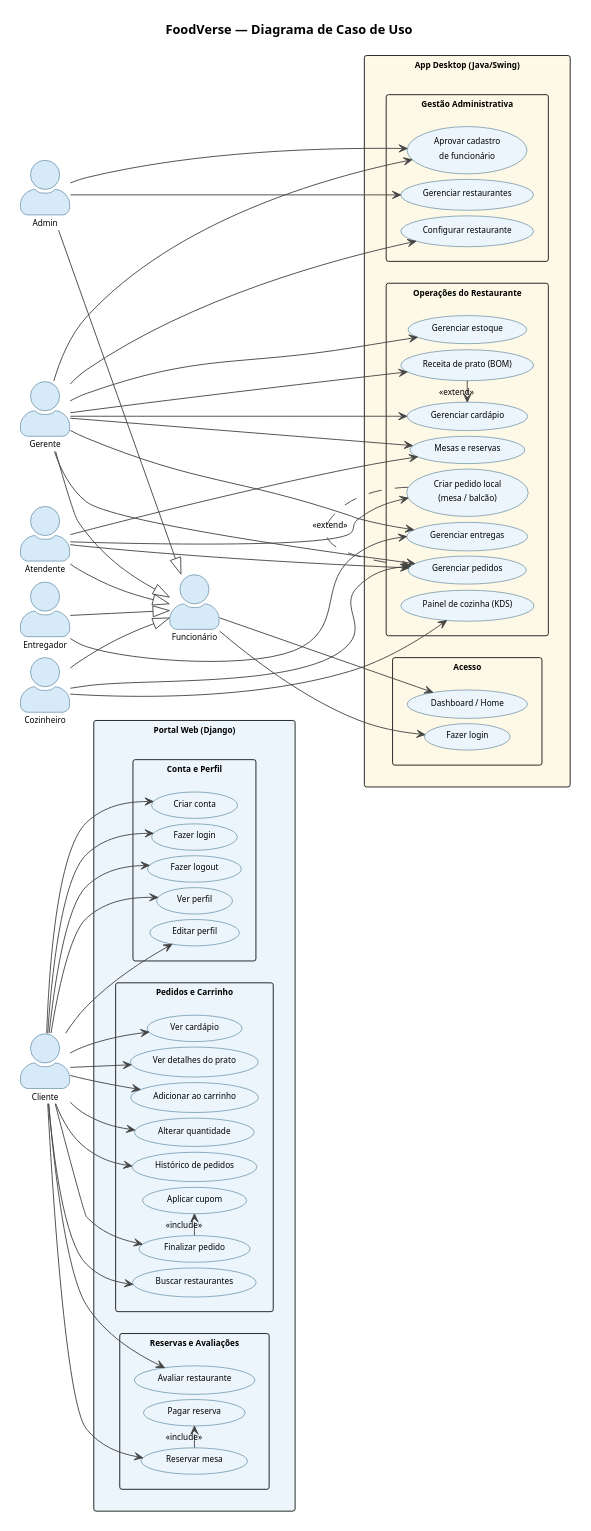
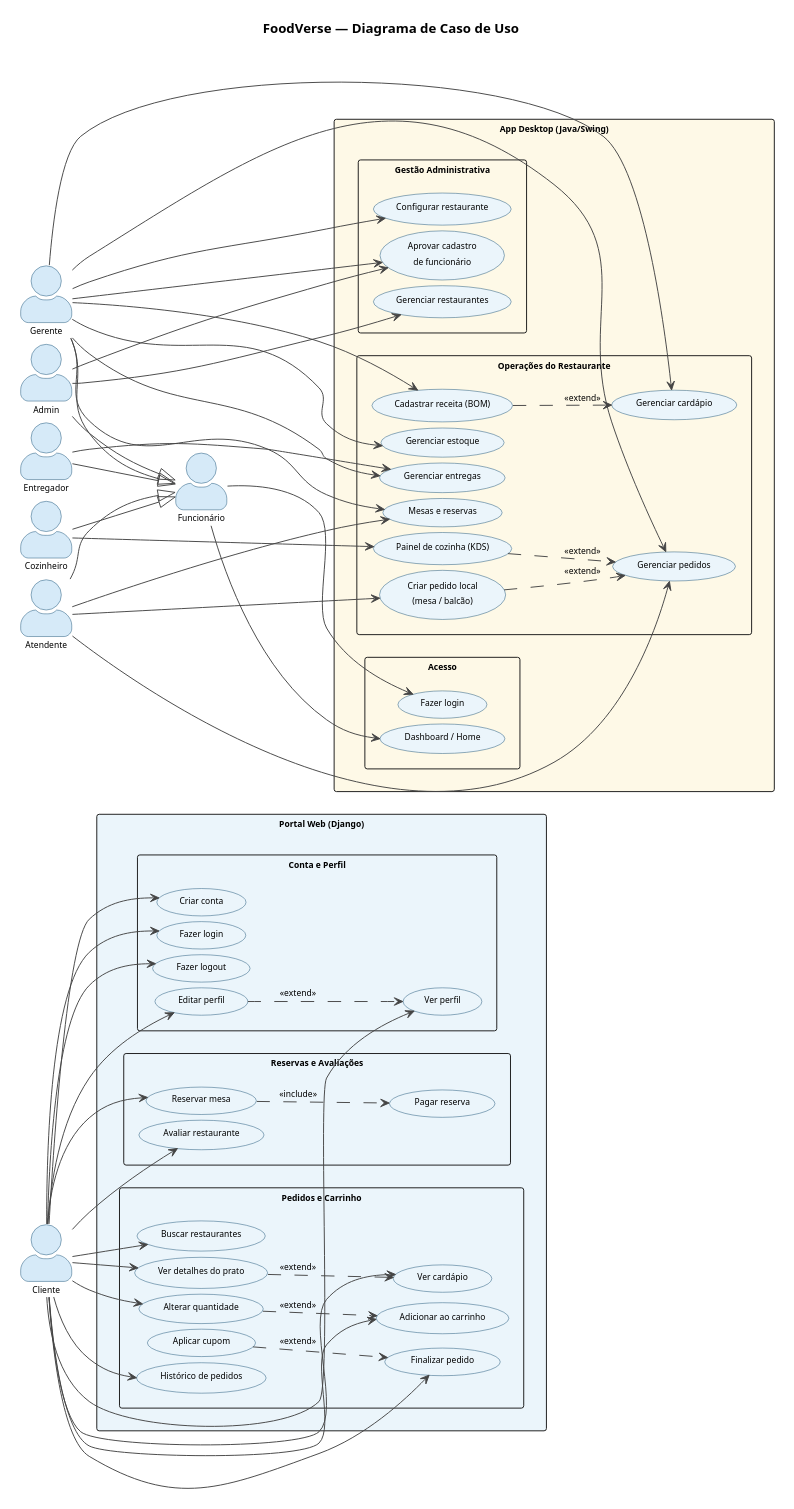
Before and after one commit to Jhowsiel/FoodVerse: the diagram in Docs/DiagramaCasoDeUso.puml, drawn with PlantUML. The commit also changed 3 other files, not shown here.

Commit message:
fix: correct UML semantic errors and add missing patterns to both diagrams

```diff
--- a/Docs/DiagramaCasoDeUso.puml
+++ b/Docs/DiagramaCasoDeUso.puml
@@ -1,164 +1,191 @@
 @startuml DiagramaCasoDeUso_FoodVerse
 
 ' ==========================================================
-' CONFIGURAÇÃO — A4 Paisagem (297 x 210 mm)
+' CONFIGURAÇÃO — A4 Paisagem (297 × 210 mm @ 96 dpi)
 ' ==========================================================
 left to right direction
 scale max 1122 width
 scale max 793 height
 
 skinparam actorStyle awesome
 skinparam packageStyle rectangle
 skinparam backgroundColor #FFFFFF
 skinparam ArrowColor #444444
 skinparam ActorBorderColor #1A5276
 skinparam ActorBackgroundColor #D6EAF8
 skinparam ActorFontSize 9
 skinparam UsecaseBorderColor #1A5276
 skinparam UsecaseBackgroundColor #EBF5FB
 skinparam UsecaseFontSize 9
 skinparam defaultFontName Arial
 skinparam defaultFontSize 9
 skinparam nodesep 6
 skinparam ranksep 18
 skinparam padding 2
 
 title FoodVerse — Diagrama de Caso de Uso
 
-' ========================
-' ATORES — esquerda
-' ========================
-actor "Cliente" as cliente
+' ==========================================================
+' ATORES
+' Declarados antes dos sistemas → ficam à esquerda no layout LTR
+' ==========================================================
 
-' ========================
-' PORTAL WEB (Django) — centro-esquerda
-' ========================
-rectangle "Portal Web (Django)" #EBF5FB {
+actor "Cliente"    as cliente
 
-  package "Conta e Perfil" {
-    usecase "Criar conta" as UC_Cadastro
-    usecase "Fazer login" as UC_LoginCliente
-    usecase "Fazer logout" as UC_LogoutCliente
-    usecase "Ver perfil" as UC_VerPerfil
-    usecase "Editar perfil" as UC_EditarPerfil
-  }
+actor "Funcionário" as funcionario
+actor "Admin"       as admin
+actor "Gerente"     as gerente
+actor "Atendente"   as atendente
+actor "Cozinheiro"  as cozinheiro
+actor "Entregador"  as entregador
 
-  package "Pedidos e Carrinho" {
-    usecase "Buscar restaurantes" as UC_Buscar
-    usecase "Ver cardápio" as UC_VerCardapio
-    usecase "Ver detalhes do prato" as UC_VerPrato
-    usecase "Adicionar ao carrinho" as UC_Carrinho
-    usecase "Alterar quantidade" as UC_AltQtd
-    usecase "Finalizar pedido" as UC_Finalizar
-    usecase "Aplicar cupom" as UC_Cupom
-    usecase "Histórico de pedidos" as UC_Historico
-  }
-
-  package "Reservas e Avaliações" {
-    usecase "Reservar mesa" as UC_Reserva
-    usecase "Pagar reserva" as UC_PagarReserva
-    usecase "Avaliar restaurante" as UC_Avaliacao
-  }
-
-}
-
-' ========================
-' DESKTOP (Java) — centro-direita
-' ========================
-rectangle "App Desktop (Java/Swing)" #FEF9E7 {
-
-  package "Acesso" {
-    usecase "Fazer login" as UC_LoginFunc
-    usecase "Dashboard / Home" as UC_Dashboard
-  }
-
-  package "Gestão Administrativa" {
-    usecase "Aprovar cadastro\nde funcionário" as UC_Aprovacao
-    usecase "Gerenciar restaurantes" as UC_GerRest
-    usecase "Configurar restaurante" as UC_ConfigRest
-  }
-
-  package "Operações do Restaurante" {
-    usecase "Gerenciar cardápio" as UC_Cardapio
-    usecase "Receita de prato (BOM)" as UC_Receita
-    usecase "Gerenciar estoque" as UC_Estoque
-    usecase "Criar pedido local\n(mesa / balcão)" as UC_PedidoLocal
-    usecase "Gerenciar pedidos" as UC_Pedidos
-    usecase "Painel de cozinha (KDS)" as UC_Cozinha
-    usecase "Gerenciar entregas" as UC_Entregas
-    usecase "Mesas e reservas" as UC_Mesas
-  }
-
-}
-
-' ========================
-' ATORES — direita
-' ========================
-actor "Funcionário" as funcionario
-actor "Admin" as admin
-actor "Gerente" as gerente
-actor "Atendente" as atendente
-actor "Cozinheiro" as cozinheiro
-actor "Entregador" as entregador
-
+' Generalização de atores — triângulo oco aponta para o pai
 admin      --|> funcionario
 gerente    --|> funcionario
 atendente  --|> funcionario
 cozinheiro --|> funcionario
 entregador --|> funcionario
 
-' ========================
+' ==========================================================
+' SISTEMA 1 — Portal Web (Django)
+' ==========================================================
+rectangle "Portal Web (Django)" #EBF5FB {
+
+  package "Conta e Perfil" {
+    usecase "Criar conta"   as UC_Cadastro
+    usecase "Fazer login"   as UC_LoginCliente
+    usecase "Fazer logout"  as UC_LogoutCliente
+    usecase "Ver perfil"    as UC_VerPerfil
+    usecase "Editar perfil" as UC_EditarPerfil
+  }
+
+  package "Pedidos e Carrinho" {
+    usecase "Buscar restaurantes"   as UC_Buscar
+    usecase "Ver cardápio"          as UC_VerCardapio
+    usecase "Ver detalhes do prato" as UC_VerPrato
+    usecase "Adicionar ao carrinho" as UC_Carrinho
+    usecase "Alterar quantidade"    as UC_AltQtd
+    usecase "Finalizar pedido"      as UC_Finalizar
+    usecase "Aplicar cupom"         as UC_Cupom
+    usecase "Histórico de pedidos"  as UC_Historico
+  }
+
+  package "Reservas e Avaliações" {
+    usecase "Reservar mesa"       as UC_Reserva
+    usecase "Pagar reserva"       as UC_PagarReserva
+    usecase "Avaliar restaurante" as UC_Avaliacao
+  }
+
+}
+
+' ==========================================================
+' SISTEMA 2 — App Desktop (Java/Swing)
+' ==========================================================
+rectangle "App Desktop (Java/Swing)" #FEF9E7 {
+
+  package "Acesso" {
+    usecase "Fazer login"      as UC_LoginFunc
+    usecase "Dashboard / Home" as UC_Dashboard
+  }
+
+  package "Gestão Administrativa" {
+    usecase "Aprovar cadastro\nde funcionário" as UC_Aprovacao
+    usecase "Gerenciar restaurantes"           as UC_GerRest
+    usecase "Configurar restaurante"           as UC_ConfigRest
+  }
+
+  package "Operações do Restaurante" {
+    usecase "Gerenciar cardápio"          as UC_Cardapio
+    usecase "Cadastrar receita (BOM)"     as UC_Receita
+    usecase "Gerenciar estoque"           as UC_Estoque
+    usecase "Criar pedido local\n(mesa / balcão)" as UC_PedidoLocal
+    usecase "Gerenciar pedidos"           as UC_Pedidos
+    usecase "Painel de cozinha (KDS)"     as UC_Cozinha
+    usecase "Gerenciar entregas"          as UC_Entregas
+    usecase "Mesas e reservas"            as UC_Mesas
+  }
+
+}
+
+' ==========================================================
+' RELAÇÕES <<include>> — caso base inclui SEMPRE o caso incluído
+' ==========================================================
+UC_Reserva ..> UC_PagarReserva : <<include>>
+
+' ==========================================================
+' RELAÇÕES <<extend>> — caso de extensão é OPCIONAL
+' seta parte do caso de extensão e aponta para o caso base
+' ==========================================================
+
+' Portal Web
+UC_VerPrato     ..> UC_VerCardapio : <<extend>>
+UC_EditarPerfil ..> UC_VerPerfil   : <<extend>>
+UC_AltQtd       ..> UC_Carrinho   : <<extend>>
+UC_Cupom        ..> UC_Finalizar  : <<extend>>
+
+' App Desktop
+UC_Receita      ..> UC_Cardapio  : <<extend>>
+UC_PedidoLocal  ..> UC_Pedidos   : <<extend>>
+UC_Cozinha      ..> UC_Pedidos   : <<extend>>
+
+' ==========================================================
 ' ASSOCIAÇÕES — CLIENTE
-' ========================
+' ==========================================================
 cliente --> UC_Cadastro
 cliente --> UC_LoginCliente
 cliente --> UC_LogoutCliente
 cliente --> UC_VerPerfil
 cliente --> UC_EditarPerfil
 cliente --> UC_Buscar
 cliente --> UC_VerCardapio
 cliente --> UC_VerPrato
 cliente --> UC_Carrinho
 cliente --> UC_AltQtd
 cliente --> UC_Finalizar
 cliente --> UC_Historico
 cliente --> UC_Reserva
 cliente --> UC_Avaliacao
 
-UC_Finalizar .> UC_Cupom : <<include>>
-UC_Reserva   .> UC_PagarReserva : <<include>>
-
-' ========================
-' ASSOCIAÇÕES — FUNCIONÁRIO
-' ========================
+' ==========================================================
+' ASSOCIAÇÕES — FUNCIONÁRIO (herdadas por todos os papéis)
+' ==========================================================
 funcionario --> UC_LoginFunc
 funcionario --> UC_Dashboard
 
+' ==========================================================
+' ASSOCIAÇÕES — ADMIN
+' ==========================================================
 admin --> UC_Aprovacao
 admin --> UC_GerRest
 
+' ==========================================================
+' ASSOCIAÇÕES — GERENTE
+' ==========================================================
 gerente --> UC_Aprovacao
 gerente --> UC_ConfigRest
 gerente --> UC_Cardapio
 gerente --> UC_Receita
 gerente --> UC_Estoque
 gerente --> UC_Pedidos
 gerente --> UC_Entregas
 gerente --> UC_Mesas
 
+' ==========================================================
+' ASSOCIAÇÕES — ATENDENTE
+' ==========================================================
 atendente --> UC_Pedidos
 atendente --> UC_PedidoLocal
 atendente --> UC_Mesas
 
+' ==========================================================
+' ASSOCIAÇÕES — COZINHEIRO
+' Cozinheiro usa o KDS (UC_Cozinha), que <<extend>> Pedidos
+' ==========================================================
 cozinheiro --> UC_Cozinha
-cozinheiro --> UC_Pedidos
 
+' ==========================================================
+' ASSOCIAÇÕES — ENTREGADOR
+' ==========================================================
 entregador --> UC_Entregas
 
-' ========================
-' EXTENSÕES
-' ========================
-UC_Receita    .> UC_Cardapio  : <<extend>>
-UC_PedidoLocal .> UC_Pedidos  : <<extend>>
-
 @enduml
```
